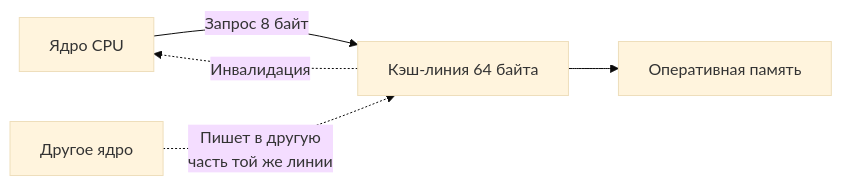
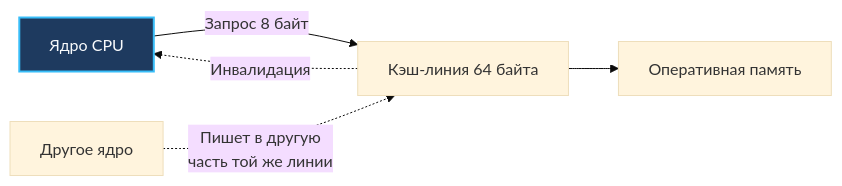
The diagram in sources/16. Профилирование, отладка и производительность/06. Конкурентность/9. Cache line и выравнивание.md (UnrealTemplier/go-textbook), drawn with Mermaid (base theme) before and after one commit. The commit also changed 1666 other files, not shown here.

First line of the commit message:
feat(mermaid): add semantic color classDef to 1369 colorless flowchart/graph diagrams

````diff
--- a/sources/16. Профилирование, отладка и производительность/06. Конкурентность/9. Cache line и выравнивание.md
+++ b/sources/16. Профилирование, отладка и производительность/06. Конкурентность/9. Cache line и выравнивание.md
@@ -21,7 +21,17 @@
 ```mermaid
 flowchart LR
-    CPU["Ядро CPU"] -->|"Запрос 8 байт"| CacheLine["Кэш-линия 64 байта"]
+    classDef process  fill:#1e293b,stroke:#38bdf8,stroke-width:1px,color:#f8fafc
+    classDef success  fill:#064e3b,stroke:#34d399,stroke-width:1px,color:#f8fafc
+    classDef error    fill:#7f1d1d,stroke:#f87171,stroke-width:1px,color:#f8fafc
+    classDef warning  fill:#78350f,stroke:#fbbf24,stroke-width:1px,color:#f8fafc
+    classDef entry    fill:#1e3a5f,stroke:#38bdf8,stroke-width:2px,color:#f8fafc
+    classDef aux      fill:#334155,stroke:#64748b,stroke-width:1px,color:#f8fafc
+    classDef system   fill:#312e81,stroke:#a78bfa,stroke-width:1px,color:#f8fafc
+    classDef data     fill:#132d29,stroke:#2dd4bf,stroke-width:1px,color:#f8fafc
+    classDef network  fill:#881337,stroke:#fb7185,stroke-width:1px,color:#f8fafc
+    classDef accent   fill:#1e1b4b,stroke:#818cf8,stroke-width:1px,color:#f8fafc
+    CPU["Ядро CPU"]:::entry -->|"Запрос 8 байт"| CacheLine["Кэш-линия 64 байта"]
     CacheLine --> RAM["Оперативная память"]
     CPU2["Другое ядро"] -.->|"Пишет в другую<br>часть той же линии"| CacheLine
     CacheLine -.->|"Инвалидация"| CPU
 ```
````
